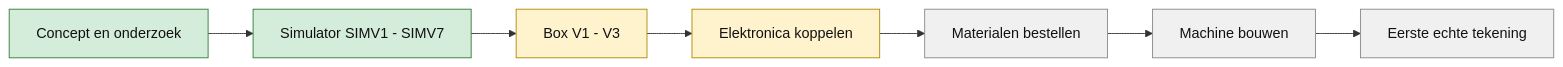
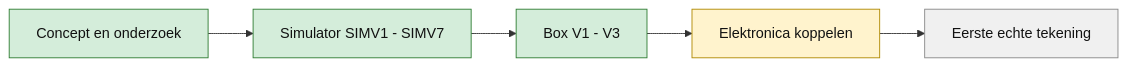
Before and after one commit to vives-project-xp/Motio: the first of 3 diagrams in README.md, drawn with Mermaid. The commit also changed other lines of this file and 1 other file, not shown here.

````diff
--- a/README.md
+++ b/README.md
@@ -62,16 +61,14 @@
 ```mermaid
 flowchart LR
     A[Concept en onderzoek] --> B[Simulator SIMV1 - SIMV7]
     B --> C[Box V1 - V3]
     C --> D[Elektronica koppelen]
-    D --> E[Materialen bestellen]
-    E --> F[Machine bouwen]
-    F --> G[Eerste echte tekening]
+    D --> G[Eerste echte tekening]
 
     classDef klaar fill:#d4edda,stroke:#2e7d32,color:#111
     classDef bezig fill:#fff3cd,stroke:#b08900,color:#111
     classDef open fill:#f0f0f0,stroke:#888,color:#111
-    class A,B klaar
-    class C,D bezig
-    class E,F,G open
+    class A,B,C klaar
+    class D bezig
+    class G open
 ```
````
